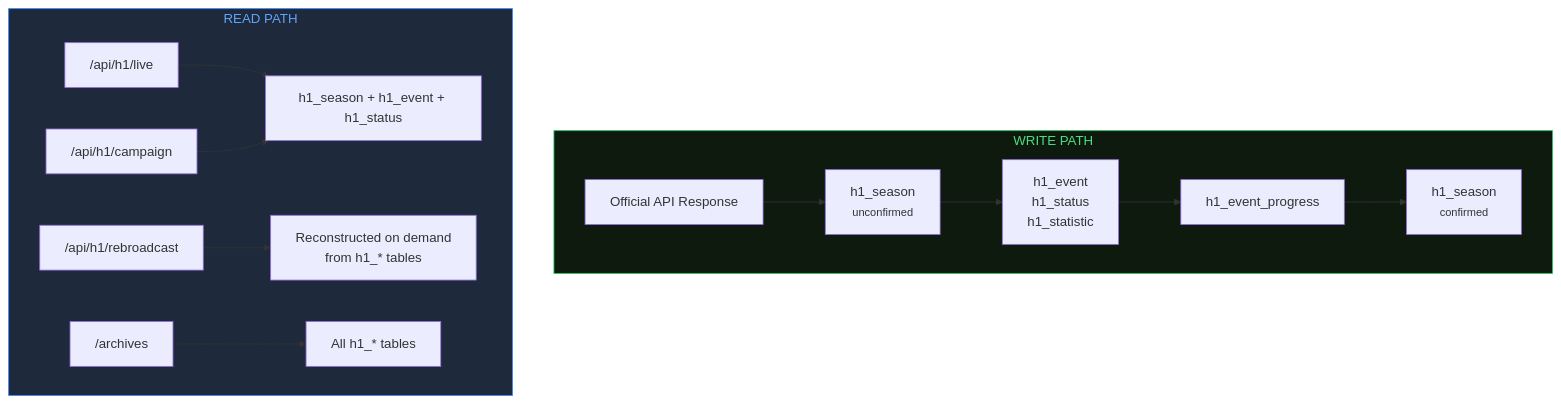
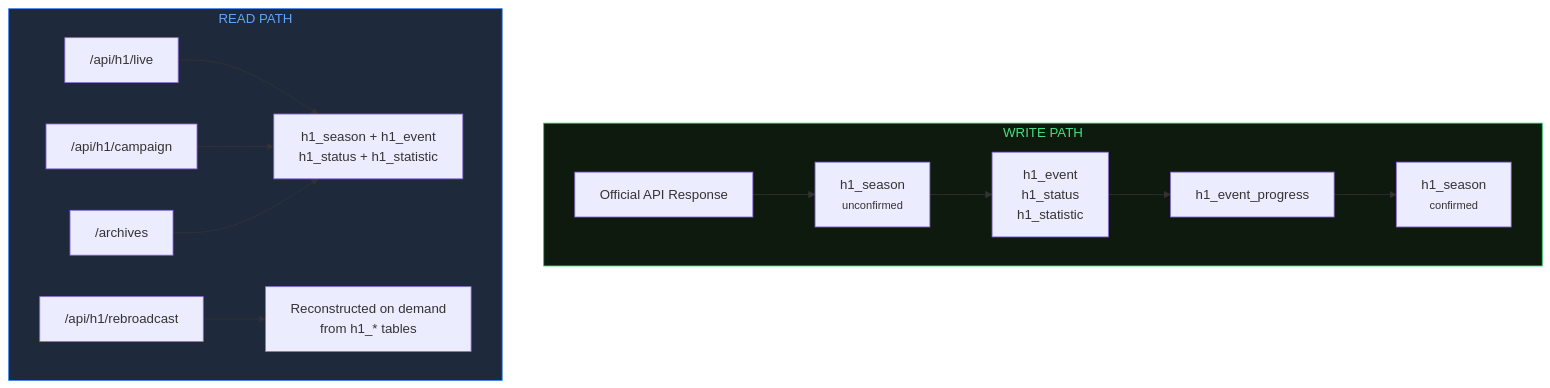
One commit to elfensky/helldivers.bot changed the second of 2 diagrams in src/app/docs/database/page.mdx. Above: the diagram before and after it, drawn with Mermaid. The commit also changed other lines of this file and 1 other file, not shown here.

````diff
--- a/src/app/docs/database/page.mdx
+++ b/src/app/docs/database/page.mdx
@@ -243,19 +243,19 @@
 ```mermaid
 graph TD
     subgraph Write["WRITE PATH"]
         API["Official API Response"] --> SEASON["h1_season<br/><small>unconfirmed</small>"]
         SEASON --> CHILDREN["h1_event<br/>h1_status<br/>h1_statistic"]
         CHILDREN --> PROGRESS["h1_event_progress"]
         PROGRESS --> CONFIRM["h1_season<br/><small>confirmed</small>"]
     end
 
     subgraph Read["READ PATH"]
-        LIVE_Q["/api/h1/live"] --> SEASON_R["h1_season + h1_event + h1_status"]
+        LIVE_Q["/api/h1/live"] --> SEASON_R["h1_season + h1_event<br/>h1_status + h1_statistic"]
         RB_Q["/api/h1/rebroadcast"] --> SEASON_R2["Reconstructed on demand<br/>from h1_* tables"]
         CAMP_Q["/api/h1/campaign"] --> SEASON_R
-        ARCHIVE["/archives"] --> ALL["All h1_* tables"]
+        ARCHIVE["/archives"] --> SEASON_R
     end
 
     style Write fill:#0f1a0f,stroke:#22c55e,color:#4ade80
     style Read fill:#1e293b,stroke:#3b82f6,color:#60a5fa
 ```
````
